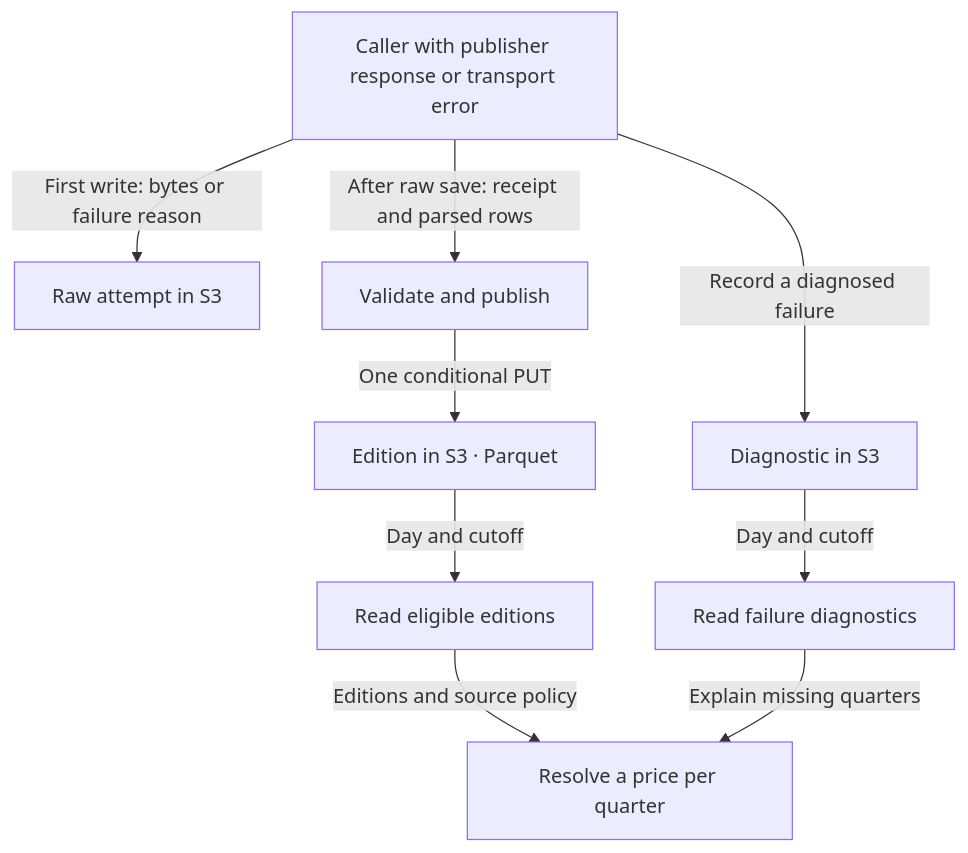
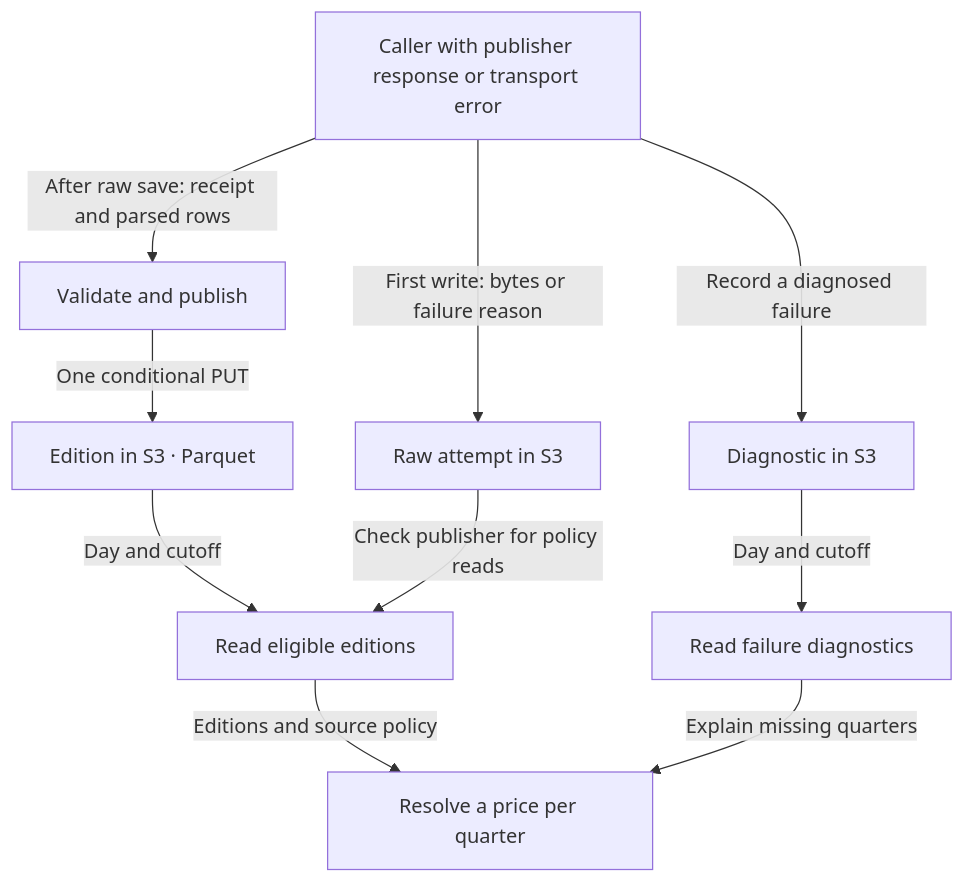
One commit to zoltanmaric/coppersushi changed the diagram in coppersushi/pipelines/market_data/README.md. Above: the diagram before and after it, drawn with Mermaid. The commit also changed other lines of this file, not shown here.

Commit message:
Show policy receipt reads and the scope of the Electricity Maps cross-check

````diff
--- a/coppersushi/pipelines/market_data/README.md
+++ b/coppersushi/pipelines/market_data/README.md
@@ -9,12 +9,13 @@
 ```mermaid
 flowchart TD
     Caller["Caller with publisher response or transport error"]
     Caller -->|First write: bytes or failure reason| Raw["Raw attempt in S3"]
     Caller -->|After raw save: receipt and parsed rows| Writer["Validate and publish"]
     Writer -->|One conditional PUT| Table["Edition in S3 · Parquet"]
     Caller -->|Record a diagnosed failure| Fail["Diagnostic in S3"]
     Table -->|Day and cutoff| Read["Read eligible editions"]
+    Raw -->|Check publisher for policy reads| Read
     Fail -->|Day and cutoff| Audit["Read failure diagnostics"]
     Read -->|Editions and source policy| Resolve["Resolve a price per quarter"]
     Audit -->|Explain missing quarters| Resolve
 ```
````
